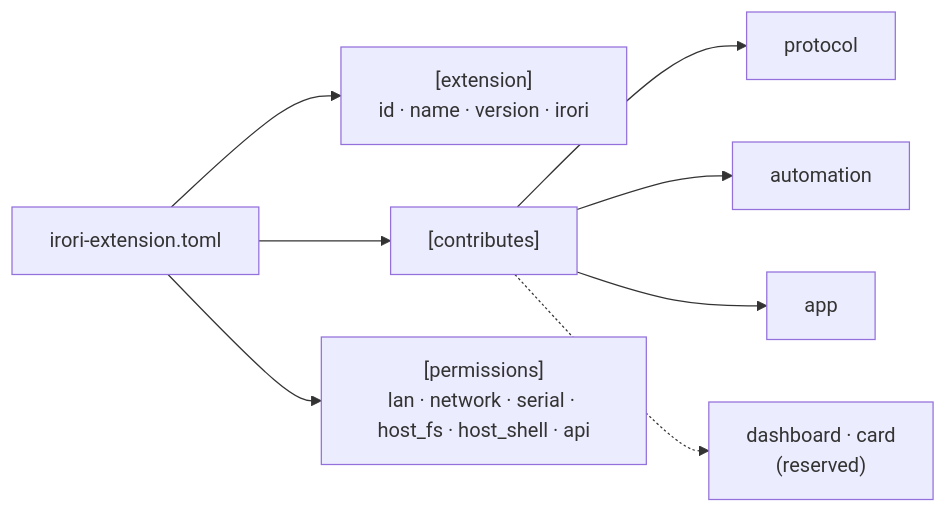
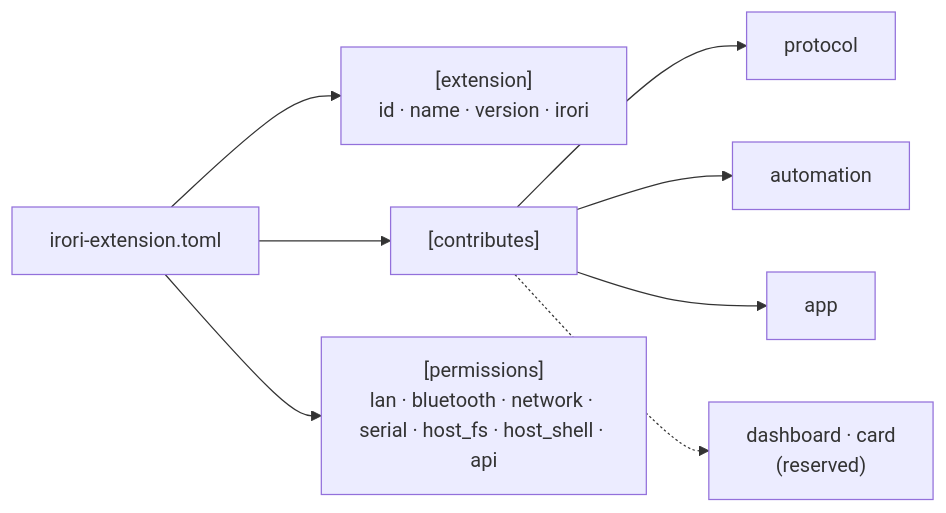
One commit to nicosandller/irori_os changed the first of 2 diagrams in docs/specs/extensions.md. Above: the diagram before and after it, drawn with Mermaid. The commit also changed other lines of this file and 5 other files, not shown here.

````diff
--- a/docs/specs/extensions.md
+++ b/docs/specs/extensions.md
@@ -28,10 +28,10 @@
 ```mermaid
 flowchart LR
     manifest["irori-extension.toml"] --> info["[extension]<br/>id · name · version · irori"]
     manifest --> contributes["[contributes]"]
-    manifest --> permissions["[permissions]<br/>lan · network · serial · host_fs · host_shell · api"]
+    manifest --> permissions["[permissions]<br/>lan · bluetooth · network · serial · host_fs · host_shell · api"]
     contributes --> protocol["protocol"]
     contributes --> automation["automation"]
     contributes --> app["app"]
     contributes -.-> dashboard["dashboard · card<br/>(reserved)"]
 ```
````
